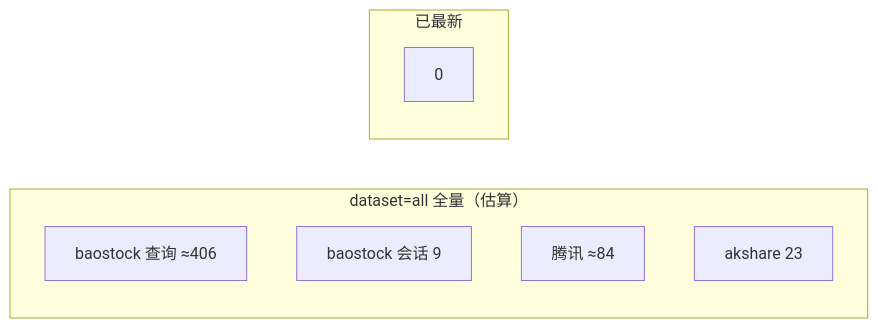
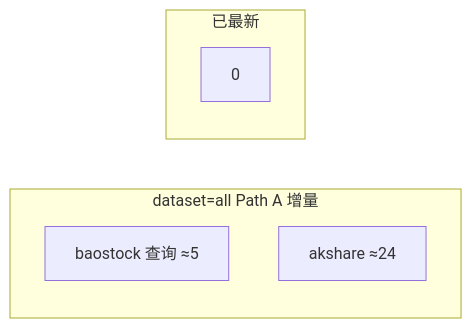
One commit to gunerguner/Astock changed the diagram in refresh-external-call-analysis.md. Above: the diagram before and after it, drawn with Mermaid. The commit also changed other lines of this file and 10 other files, not shown here.

````diff
--- a/refresh-external-call-analysis.md
+++ b/refresh-external-call-analysis.md
@@ -137,12 +139,10 @@
 ```mermaid
 flowchart LR
-  subgraph full ["dataset=all 全量（估算）"]
-    B1["baostock 查询 ≈406"]
-    B2["baostock 会话 9"]
-    T["腾讯 ≈84"]
-    A["akshare 23"]
+  subgraph full ["dataset=all Path A 增量"]
+    B1["baostock 查询 ≈5"]
+    A["akshare ≈24"]
   end
   subgraph skip ["已最新"]
     Z["0"]
   end
 ```
````
